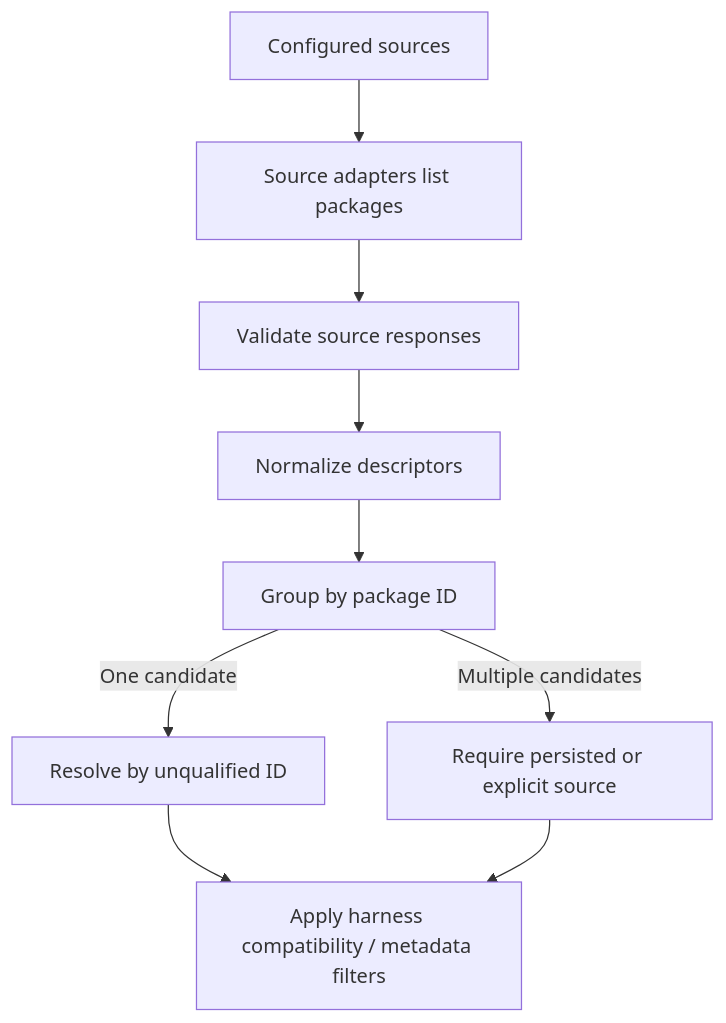
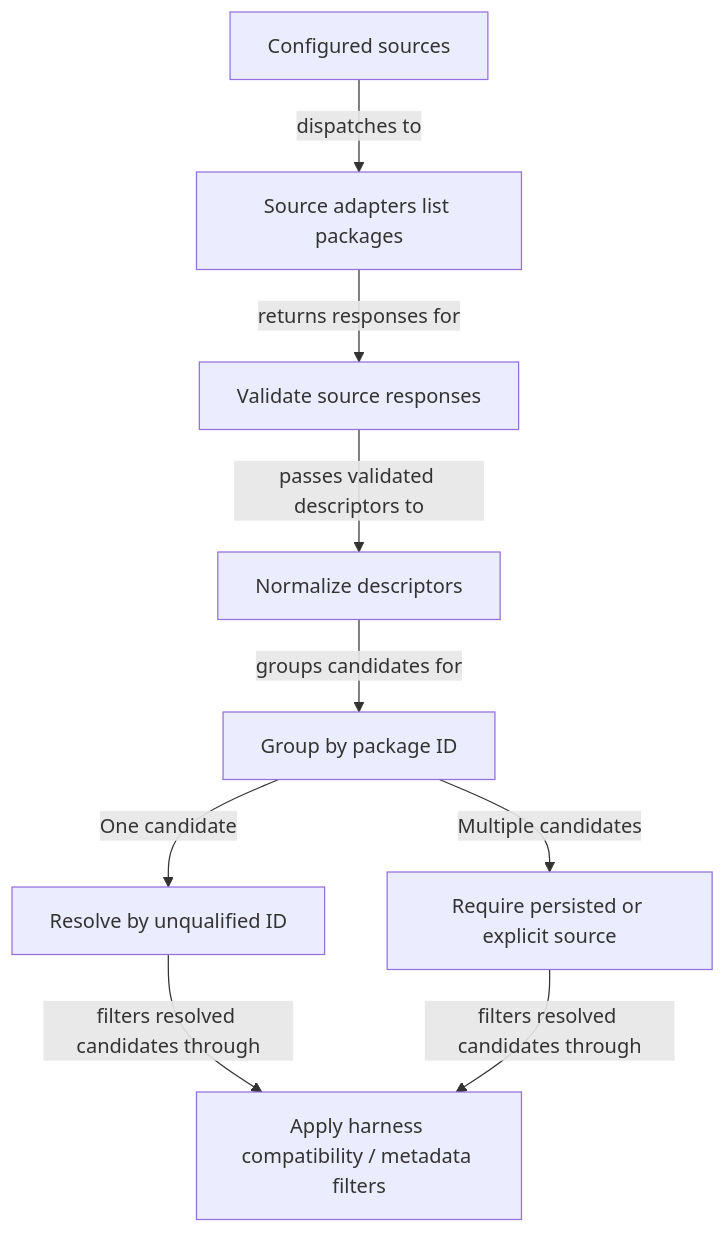
One commit to kirinmurphy/roborepo-alpha changed the fourth of 5 diagrams in docs/plans/backlog/package-multi-source-distribution.md. Above: the diagram before and after it, drawn with Mermaid. The commit also changed other lines of this file and 52 other files, not shown here.

````diff
--- a/docs/plans/backlog/package-multi-source-distribution.md
+++ b/docs/plans/backlog/package-multi-source-distribution.md
@@ -521,11 +521,11 @@
 ```mermaid
 flowchart TD
-  configured[Configured sources] --> adapters[Source adapters list packages]
-  adapters --> validate[Validate source responses]
-  validate --> normalize[Normalize descriptors]
-  normalize --> group[Group by package ID]
+  configured[Configured sources] -->|dispatches to| adapters[Source adapters list packages]
+  adapters -->|returns responses for| validate[Validate source responses]
+  validate -->|passes validated descriptors to| normalize[Normalize descriptors]
+  normalize -->|groups candidates for| group[Group by package ID]
   group -->|One candidate| unqualified[Resolve by unqualified ID]
   group -->|Multiple candidates| collision[Require persisted or explicit source]
-  unqualified --> filter[Apply harness compatibility / metadata filters]
-  collision --> filter
+  unqualified -->|filters resolved candidates through| filter[Apply harness compatibility / metadata filters]
+  collision -->|filters resolved candidates through| filter
 ```
````
